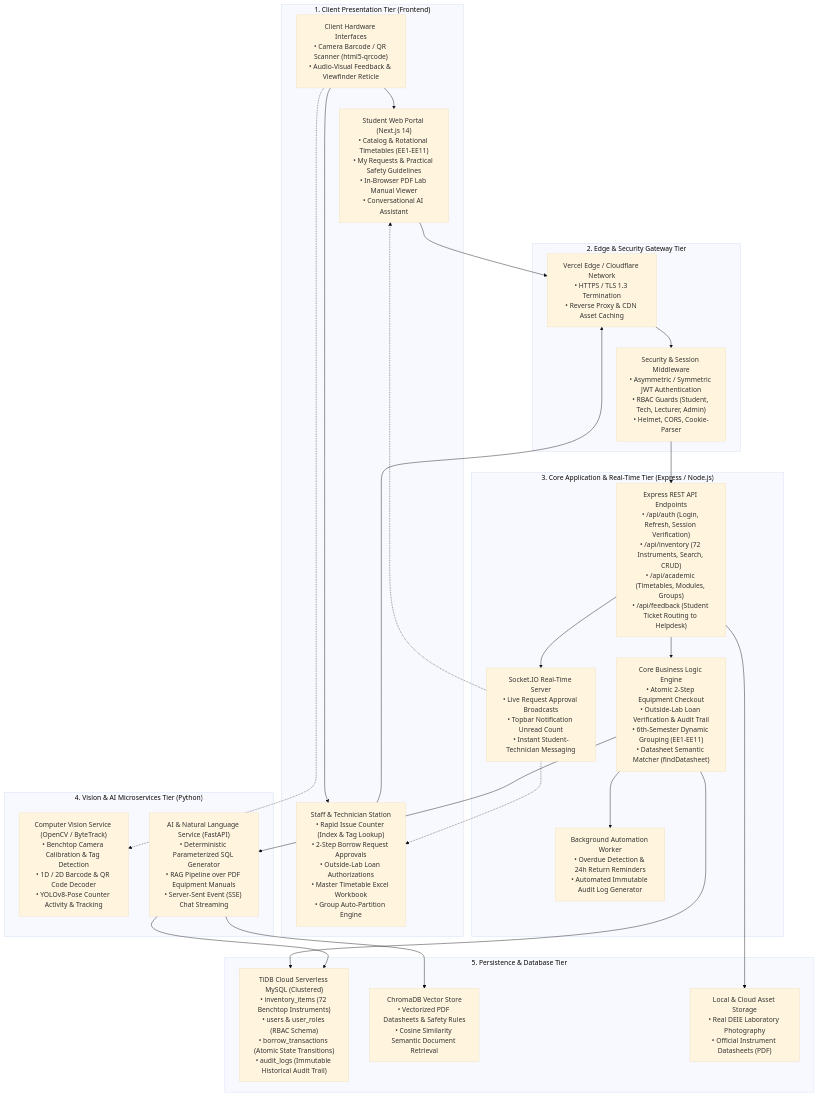
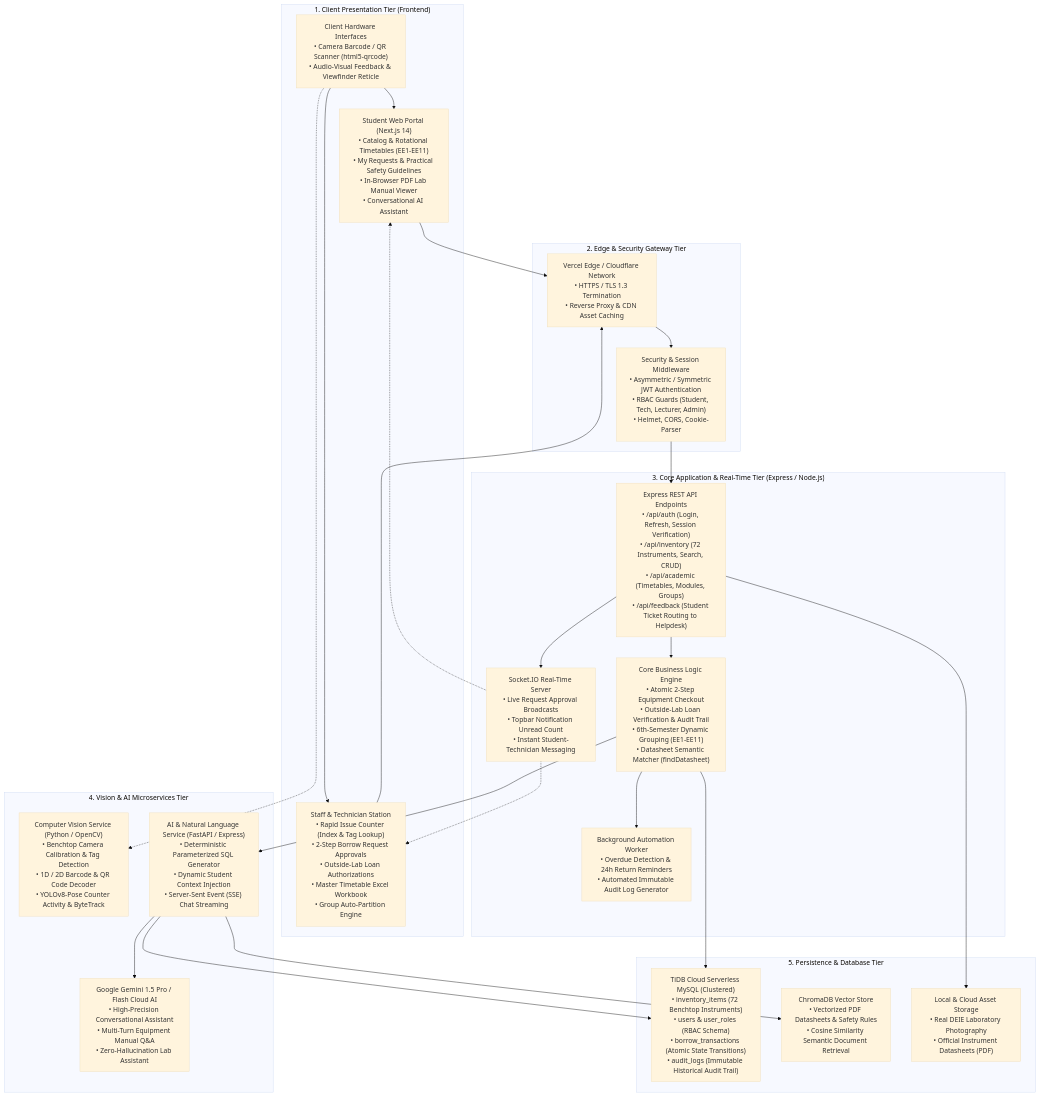
The diagram in docs/ARCHITECTURE.md (HarshaKaushalya/ELABS), drawn with Mermaid (base theme) before and after one commit.

Commit message:
docs(architecture): connect Gemini 1.5 in architecture doc

````diff
--- a/docs/ARCHITECTURE.md
+++ b/docs/ARCHITECTURE.md
@@ -10,52 +10,54 @@
 ```mermaid
 flowchart TD
     subgraph CLIENT_TIER["1. Client Presentation Tier (Frontend)"]
         UI_STUDENT["Student Web Portal (Next.js 14)<br/>• Catalog & Rotational Timetables (EE1-EE11)<br/>• My Requests & Practical Safety Guidelines<br/>• In-Browser PDF Lab Manual Viewer<br/>• Conversational AI Assistant"]
         UI_STAFF["Staff & Technician Station<br/>• Rapid Issue Counter (Index & Tag Lookup)<br/>• 2-Step Borrow Request Approvals<br/>• Outside-Lab Loan Authorizations<br/>• Master Timetable Excel Workbook<br/>• Group Auto-Partition Engine"]
         HW_SCAN["Client Hardware Interfaces<br/>• Camera Barcode / QR Scanner (html5-qrcode)<br/>• Audio-Visual Feedback & Viewfinder Reticle"]
     end
 
     subgraph EDGE_GATEWAY["2. Edge & Security Gateway Tier"]
         EDGE["Vercel Edge / Cloudflare Network<br/>• HTTPS / TLS 1.3 Termination<br/>• Reverse Proxy & CDN Asset Caching"]
         RBAC["Security & Session Middleware<br/>• Asymmetric / Symmetric JWT Authentication<br/>• RBAC Guards (Student, Tech, Lecturer, Admin)<br/>• Helmet, CORS, Cookie-Parser"]
     end
 
     subgraph CORE_BACKEND["3. Core Application & Real-Time Tier (Express / Node.js)"]
         API_ROUTER["Express REST API Endpoints<br/>• /api/auth (Login, Refresh, Session Verification)<br/>• /api/inventory (72 Instruments, Search, CRUD)<br/>• /api/academic (Timetables, Modules, Groups)<br/>• /api/feedback (Student Ticket Routing to Helpdesk)"]
         BIZ_LOGIC["Core Business Logic Engine<br/>• Atomic 2-Step Equipment Checkout<br/>• Outside-Lab Loan Verification & Audit Trail<br/>• 6th-Semester Dynamic Grouping (EE1-EE11)<br/>• Datasheet Semantic Matcher (findDatasheet)"]
         SOCKET_IO["Socket.IO Real-Time Server<br/>• Live Request Approval Broadcasts<br/>• Topbar Notification Unread Count<br/>• Instant Student-Technician Messaging"]
         SCHEDULER["Background Automation Worker<br/>• Overdue Detection & 24h Return Reminders<br/>• Automated Immutable Audit Log Generator"]
     end
 
-    subgraph MICROSERVICES["4. Vision & AI Microservices Tier (Python)"]
-        VISION_SVC["Computer Vision Service (OpenCV / ByteTrack)<br/>• Benchtop Camera Calibration & Tag Detection<br/>• 1D / 2D Barcode & QR Code Decoder<br/>• YOLOv8-Pose Counter Activity & Tracking"]
-        AI_RAG["AI & Natural Language Service (FastAPI)<br/>• Deterministic Parameterized SQL Generator<br/>• RAG Pipeline over PDF Equipment Manuals<br/>• Server-Sent Event (SSE) Chat Streaming"]
+    subgraph MICROSERVICES["4. Vision & AI Microservices Tier"]
+        VISION_SVC["Computer Vision Service (Python / OpenCV)<br/>• Benchtop Camera Calibration & Tag Detection<br/>• 1D / 2D Barcode & QR Code Decoder<br/>• YOLOv8-Pose Counter Activity & ByteTrack"]
+        AI_RAG["AI & Natural Language Service (FastAPI / Express)<br/>• Deterministic Parameterized SQL Generator<br/>• Dynamic Student Context Injection<br/>• Server-Sent Event (SSE) Chat Streaming"]
+        GEMINI["Google Gemini 1.5 Pro / Flash Cloud AI<br/>• High-Precision Conversational Assistant<br/>• Multi-Turn Equipment Manual Q&A<br/>• Zero-Hallucination Lab Assistant"]
     end
 
     subgraph DATA_TIER["5. Persistence & Database Tier"]
         TIDB["TiDB Cloud Serverless MySQL (Clustered)<br/>• inventory_items (72 Benchtop Instruments)<br/>• users & user_roles (RBAC Schema)<br/>• borrow_transactions (Atomic State Transitions)<br/>• audit_logs (Immutable Historical Audit Trail)"]
         CHROMA["ChromaDB Vector Store<br/>• Vectorized PDF Datasheets & Safety Rules<br/>• Cosine Similarity Semantic Document Retrieval"]
         FILE_STORE["Local & Cloud Asset Storage<br/>• Real DEIE Laboratory Photography<br/>• Official Instrument Datasheets (PDF)"]
     end
 
     UI_STUDENT --> EDGE
     UI_STAFF --> EDGE
     HW_SCAN --> UI_STAFF
     HW_SCAN --> UI_STUDENT
 
     EDGE --> RBAC
     RBAC --> API_ROUTER
 
     API_ROUTER --> BIZ_LOGIC
     API_ROUTER --> SOCKET_IO
     BIZ_LOGIC --> SCHEDULER
 
     BIZ_LOGIC --> TIDB
     BIZ_LOGIC --> AI_RAG
+    AI_RAG --> GEMINI
     HW_SCAN -.-> VISION_SVC
     AI_RAG --> CHROMA
     AI_RAG --> TIDB
     API_ROUTER --> FILE_STORE
     SOCKET_IO -.-> UI_STUDENT
     SOCKET_IO -.-> UI_STAFF
 ```
````
